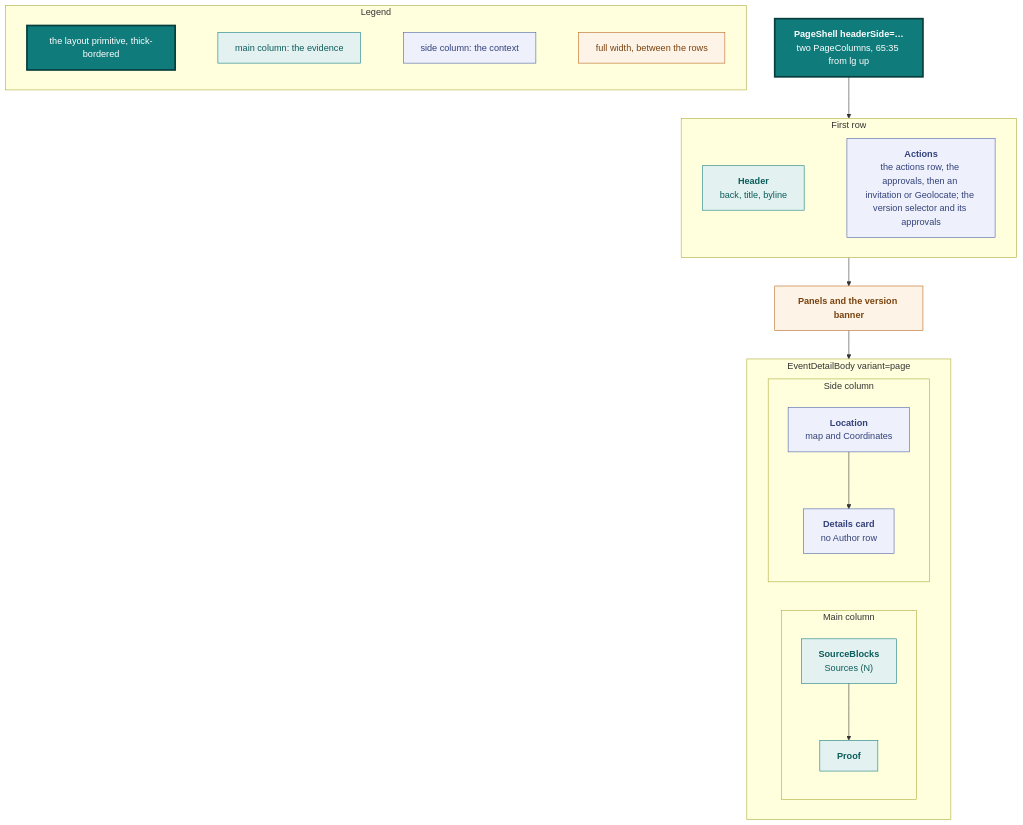
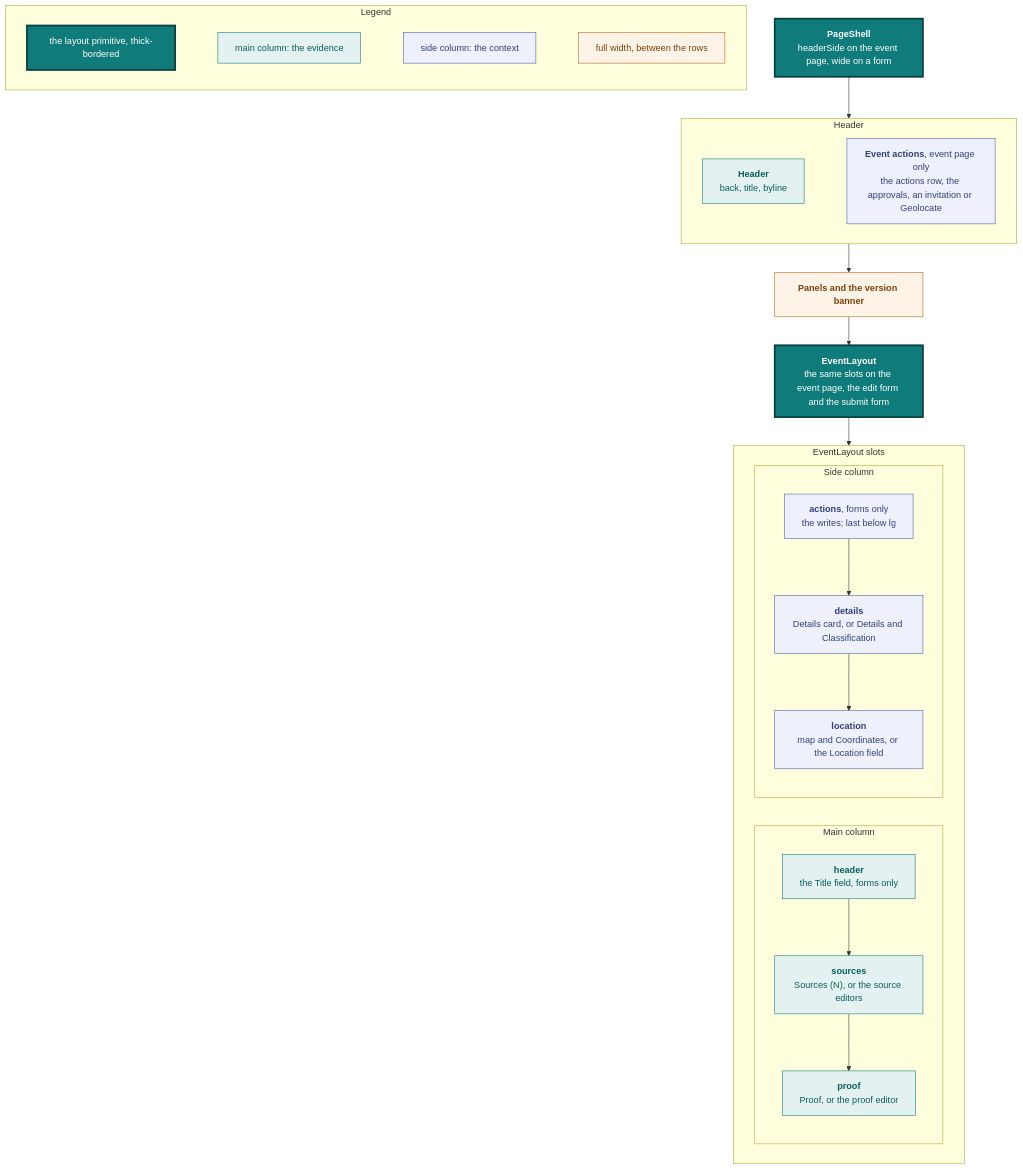
The sixth of 14 diagrams in docs/design.md (vidithq/vidit), drawn with Mermaid before and after one commit. The commit also changed other lines of this file and 14 other files, not shown here.

First line of the commit message:
feat(frontend): lay out the event page and the event forms in one EventLayout

````diff
--- a/docs/design.md
+++ b/docs/design.md
@@ -677,51 +677,59 @@
 ```mermaid
 flowchart TB
   classDef core fill:#0f7b7a,stroke:#083f3e,stroke-width:3px,color:#ffffff
   classDef shared fill:#e3f2f1,stroke:#0f7b7a,color:#0b5c5b
   classDef spec fill:#eef1fb,stroke:#4a5fa5,color:#33417a
   classDef state fill:#fdf3e7,stroke:#b8661a,color:#7a430f
 
   subgraph legend [Legend]
     direction LR
     l1["`the layout primitive, thick-bordered`"]:::core
     l2["`main column: the evidence`"]:::shared
     l3["`side column: the context`"]:::spec
     l4["`full width, between the rows`"]:::state
     l1 ~~~ l2 ~~~ l3 ~~~ l4
   end
 
-  shell["`**PageShell headerSide=…**
-  two PageColumns, 65:35 from lg up`"]:::core
+  shell["`**PageShell**
+  headerSide on the event page, wide on a form`"]:::core
 
-  subgraph top [First row]
+  subgraph top [Header]
     direction LR
     header["`**Header**
     back, title, byline`"]:::shared
-    actions["`**Actions**
-    the actions row, the approvals, then an invitation or Geolocate; the version selector and its approvals`"]:::spec
-    header ~~~ actions
+    eventActions["`**Event actions**, event page only
+    the actions row, the approvals, an invitation or Geolocate`"]:::spec
+    header ~~~ eventActions
   end
 
   between["`**Panels and the version banner**`"]:::state
 
-  subgraph body [EventDetailBody variant=page]
+  layout["`**EventLayout**
+  the same slots on the event page, the edit form and the submit form`"]:::core
+
+  subgraph body [EventLayout slots]
     direction LR
     subgraph main [Main column]
       direction TB
-      sources["`**SourceBlocks**
-      Sources (N)`"]:::shared
-      proof["`**Proof**`"]:::shared
-      sources --> proof
+      title["`**header**
+      the Title field, forms only`"]:::shared
+      sources["`**sources**
+      Sources (N), or the source editors`"]:::shared
+      proof["`**proof**
+      Proof, or the proof editor`"]:::shared
+      title --> sources --> proof
     end
     subgraph side [Side column]
       direction TB
-      location["`**Location**
-      map and Coordinates`"]:::spec
-      details["`**Details card**
-      no Author row`"]:::spec
-      location --> details
+      actions["`**actions**, forms only
+      the writes; last below lg`"]:::spec
+      details["`**details**
+      Details card, or Details and Classification`"]:::spec
+      location["`**location**
+      map and Coordinates, or the Location field`"]:::spec
+      actions --> details --> location
     end
   end
 
-  shell --> top --> between --> body
+  shell --> top --> between --> layout --> body
 ```
````
